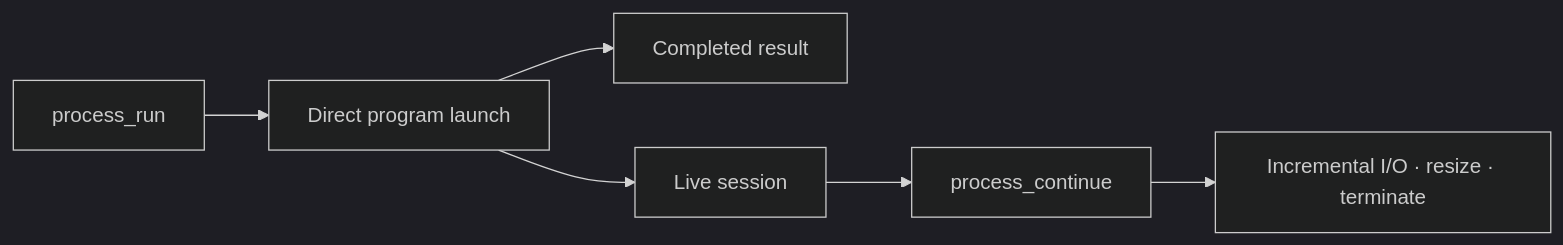
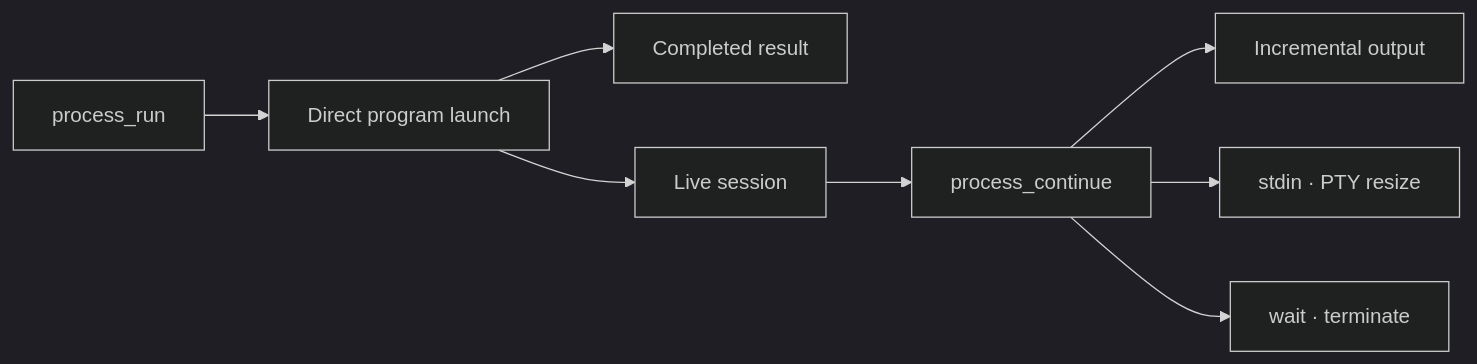
Before and after one commit to hicancan/local-runtime-mcp: the third of 7 diagrams in README.md, drawn with Mermaid (dark theme). The commit also changed other lines of this file and 21 other files, not shown here.

````diff
--- a/README.md
+++ b/README.md
@@ -109,8 +153,10 @@
 ```mermaid
 flowchart LR
-    RUN[process_run] --> EXEC[Direct program launch]
-    EXEC --> DONE[Completed result]
-    EXEC --> SESSION[Live session]
-    SESSION --> CONT[process_continue]
-    CONT --> IO[Incremental I/O · resize · terminate]
+    RUN[process_run] --> START[Direct program launch]
+    START --> COMPLETE[Completed result]
+    START --> SESSION[Live session]
+    SESSION --> CONTINUE[process_continue]
+    CONTINUE --> STREAM[Incremental output]
+    CONTINUE --> INPUT[stdin · PTY resize]
+    CONTINUE --> LIFE[wait · terminate]
 ```
````
